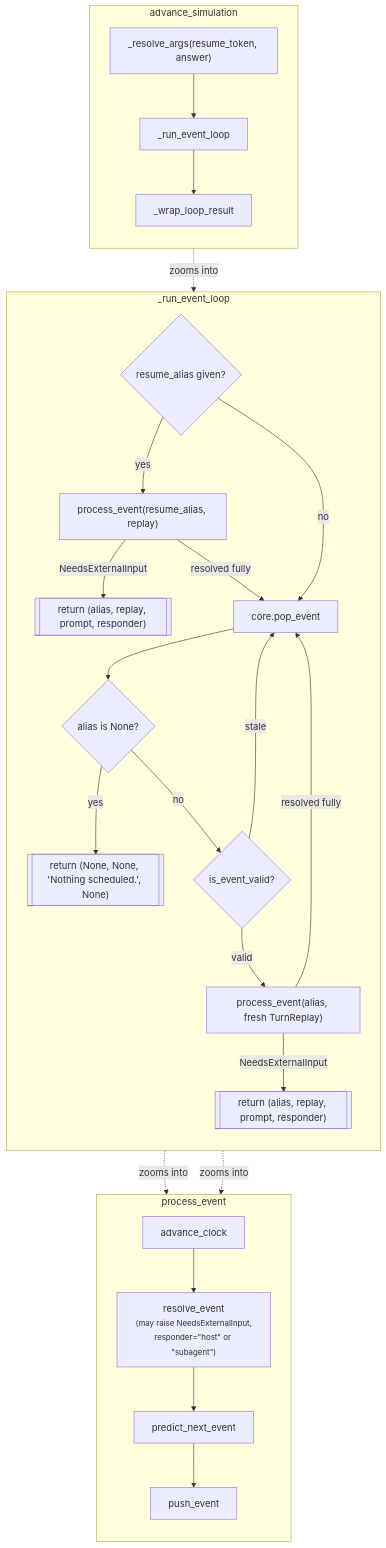
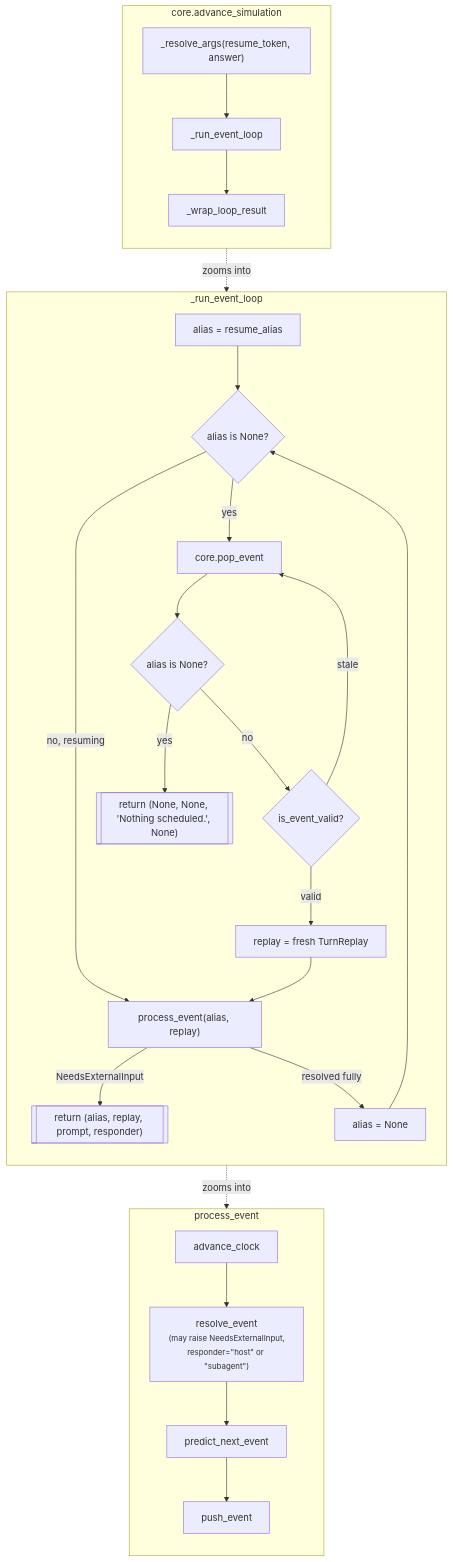
The second of 2 diagrams in docs/architecture/advance_simulation.md (zhafen/story-simulator), drawn with Mermaid before and after one commit. The commit also changed other lines of this file and 8 other files, not shown here.

````diff
--- a/docs/architecture/advance_simulation.md
+++ b/docs/architecture/advance_simulation.md
@@ -238,32 +283,29 @@
 ```mermaid
 flowchart TD
-    subgraph AS["advance_simulation"]
+    subgraph AS["core.advance_simulation"]
         direction TB
         RA["_resolve_args(resume_token, answer)"] --> REL[_run_event_loop] --> WR[_wrap_loop_result]
     end
 
     subgraph Loop["_run_event_loop"]
         direction TB
-        RESUME{resume_alias given?}
-        RESUME -- yes --> PROC0["process_event(resume_alias, replay)"]
-        PROC0 -- "NeedsExternalInput" --> PAUSE1[["return (alias, replay, prompt, responder)"]]
-        PROC0 -- resolved fully --> L1
-        RESUME -- no --> L1[core.pop_event]
+        START["alias = resume_alias"] --> CHECK{alias is None?}
+        CHECK -- no, resuming --> PROC
+        CHECK -- yes --> L1[core.pop_event]
         L1 --> EMPTY{alias is None?}
         EMPTY -- yes --> DONE[["return (None, None, 'Nothing scheduled.', None)"]]
         EMPTY -- no --> V{is_event_valid?}
         V -- stale --> L1
-        V -- valid --> PROC["process_event(alias, fresh TurnReplay)"]
-        PROC -- "NeedsExternalInput" --> PAUSE2[["return (alias, replay, prompt, responder)"]]
-        PROC -- resolved fully --> L1
+        V -- valid --> FRESH["replay = fresh TurnReplay"] --> PROC["process_event(alias, replay)"]
+        PROC -- "NeedsExternalInput" --> PAUSE[["return (alias, replay, prompt, responder)"]]
+        PROC -- resolved fully --> RESET["alias = None"] --> CHECK
     end
 
     subgraph PE_detail["process_event"]
         direction TB
         ADV2[advance_clock] --> RBE["resolve_event<br/><small>(may raise NeedsExternalInput,<br/>responder=#quot;host#quot; or #quot;subagent#quot;)</small>"] --> PRED2[predict_next_event] --> PUSH2[push_event]
     end
 
     REL -. zooms into .-> Loop
     PROC -. zooms into .-> PE_detail
-    PROC0 -. zooms into .-> PE_detail
 ```
````
